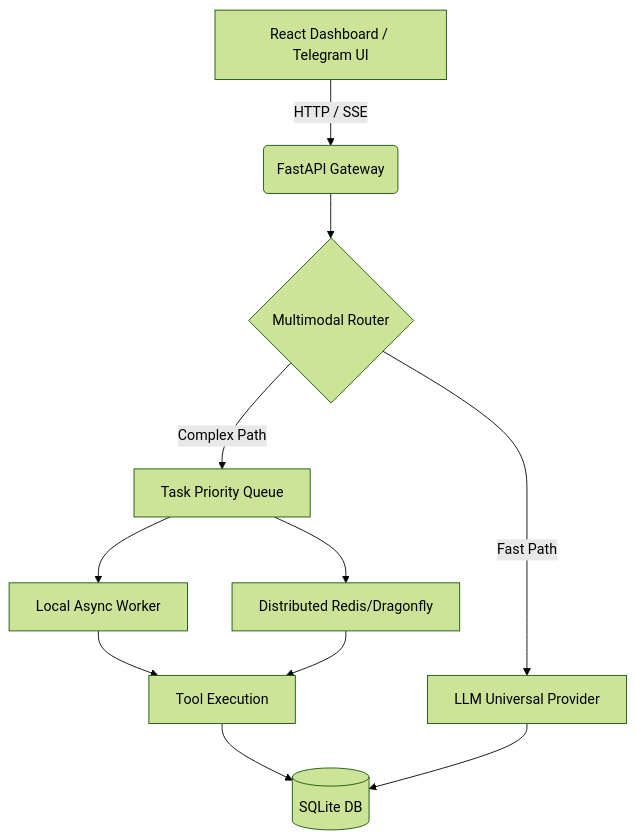
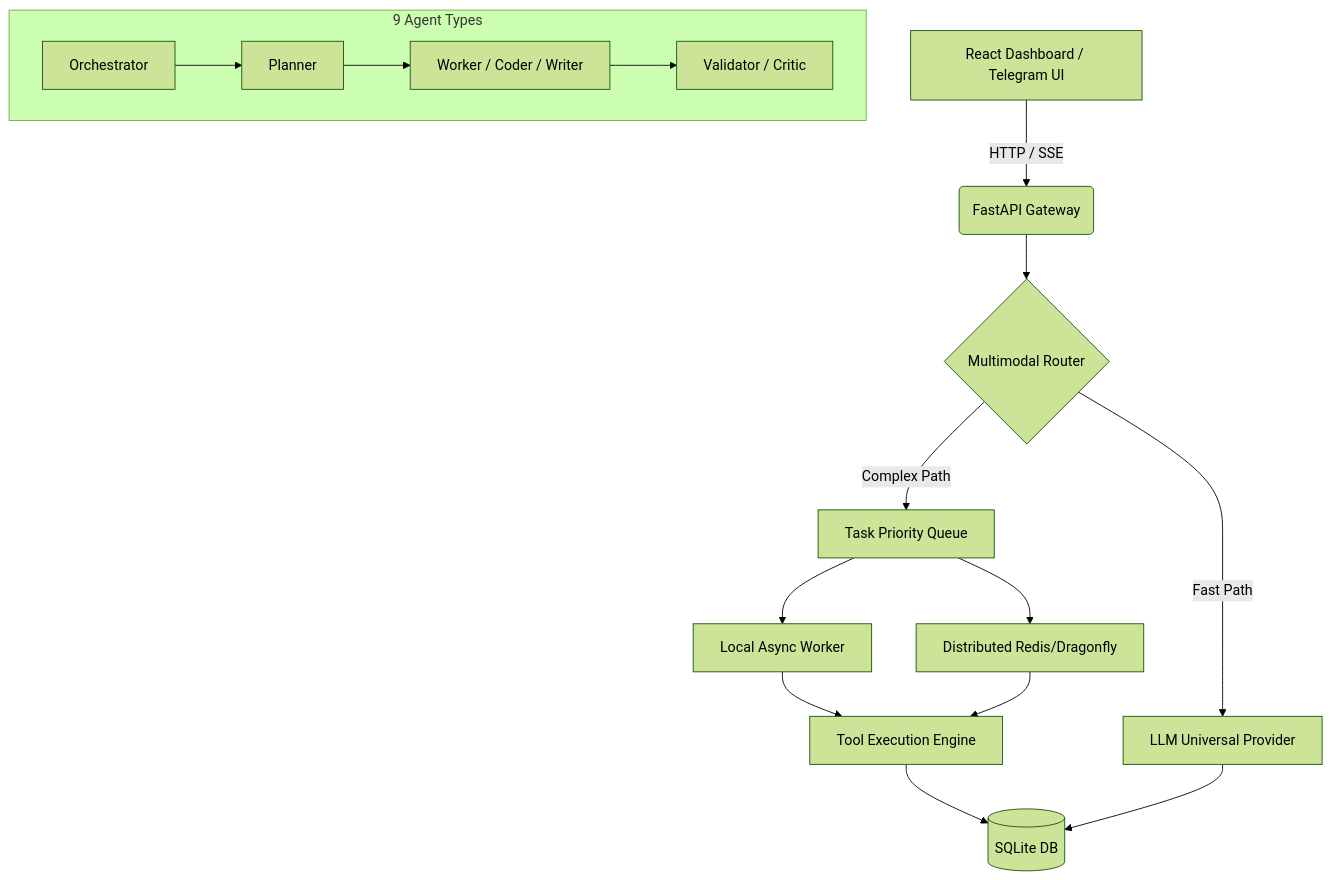
The diagram in README.md (dreamerdkuroshin/DreamAgent), drawn with Mermaid (forest theme) before and after one commit. The commit also changed other lines of this file and 9 other files, not shown here.

First line of the commit message:
fix: agent type now saved correctly for all 9 types + enhanced README with screenshots and demo GIF

````diff
--- a/README.md
+++ b/README.md
@@ -53,17 +93,23 @@
 ```mermaid
 graph TD
     A[React Dashboard / Telegram UI] -->|HTTP / SSE| B(FastAPI Gateway)
     B --> C{Multimodal Router}
     
     C -->|Fast Path| D[LLM Universal Provider]
     C -->|Complex Path| E[Task Priority Queue]
     
     E --> F[Local Async Worker]
     E --> G[Distributed Redis/Dragonfly]
     
-    F --> H[Tool Execution]
+    F --> H[Tool Execution Engine]
     G --> H
     
     H --> I[(SQLite DB)]
     D --> I
+
+    subgraph "9 Agent Types"
+        J[Orchestrator] --> K[Planner]
+        K --> L[Worker / Coder / Writer]
+        L --> M[Validator / Critic]
+    end
 ```
````
